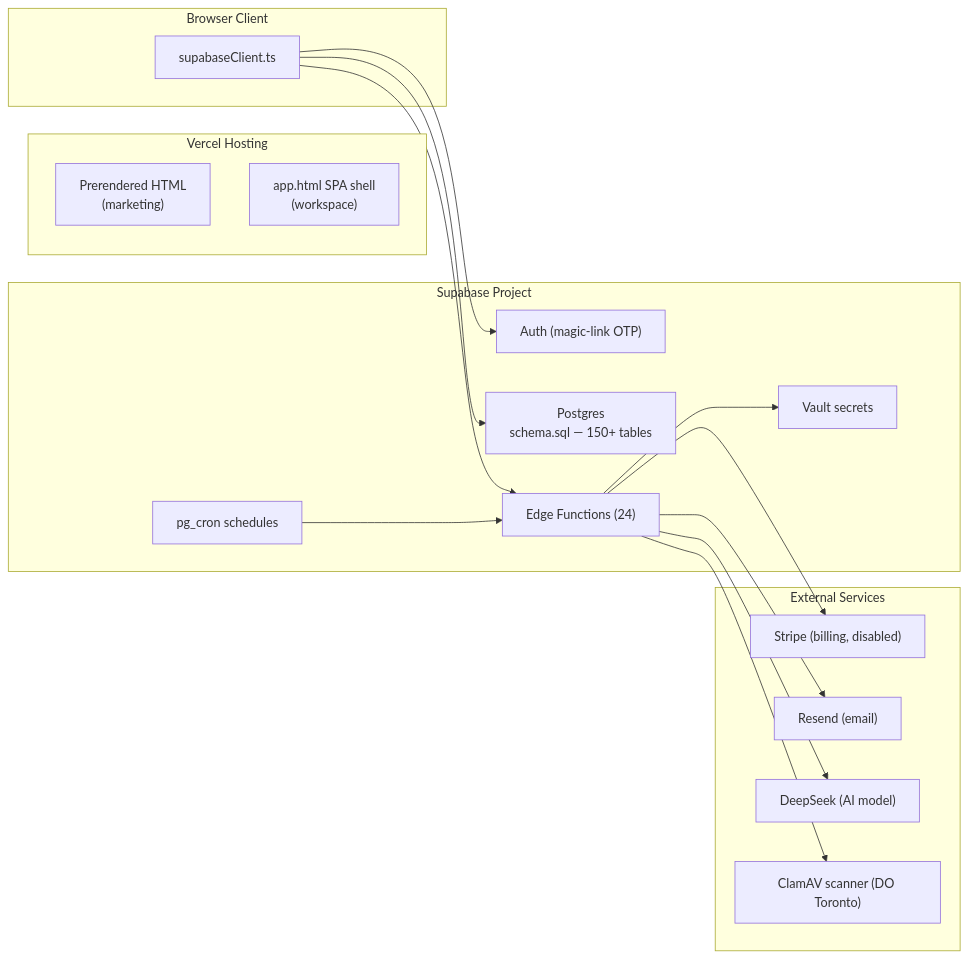
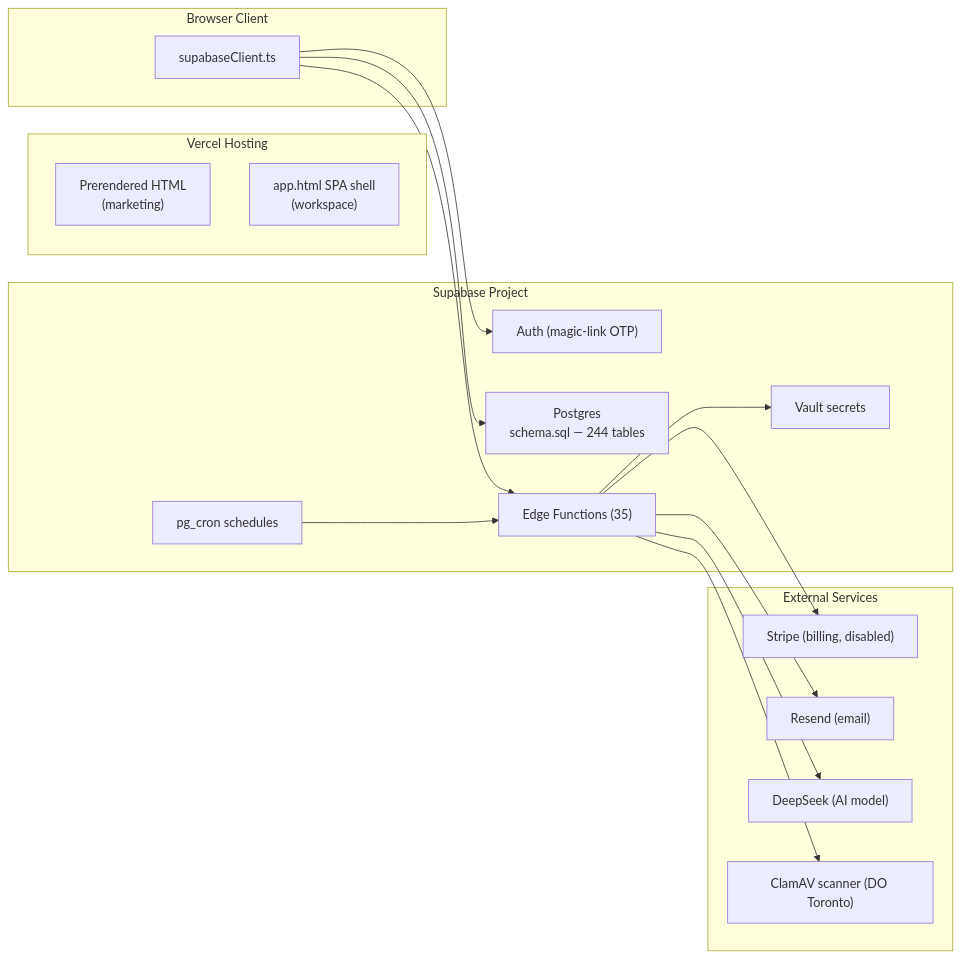
One commit to Dutiva-Canada/Dutiva_Web changed the third of 3 diagrams in docs/wiki/Home.md. Above: the diagram before and after it, drawn with Mermaid. The commit also changed other lines of this file and 84 other files, not shown here.

````diff
--- a/docs/wiki/Home.md
+++ b/docs/wiki/Home.md
@@ -256,36 +256,36 @@
 ```mermaid
 graph LR
     subgraph Client["Browser Client"]
         SC["supabaseClient.ts"]
     end
 
     subgraph Vercel["Vercel Hosting"]
         STATIC["Prerendered HTML<br>(marketing)"]
         SPA["app.html SPA shell<br>(workspace)"]
     end
 
     subgraph Supabase["Supabase Project"]
         AUTH["Auth (magic-link OTP)"]
-        DB["Postgres<br>schema.sql — 150+ tables"]
-        EDGE["Edge Functions (24)"]
+        DB["Postgres<br>schema.sql — 244 tables"]
+        EDGE["Edge Functions (35)"]
         VAULT["Vault secrets"]
         CRON["pg_cron schedules"]
     end
 
     subgraph External["External Services"]
         STRIPE["Stripe (billing, disabled)"]
         RESEND["Resend (email)"]
         DEEPSEEK["DeepSeek (AI model)"]
         CLAMAV["ClamAV scanner (DO Toronto)"]
     end
 
     SC --> AUTH
     SC --> DB
     SC --> EDGE
     EDGE --> VAULT
     EDGE --> STRIPE
     EDGE --> RESEND
     EDGE --> DEEPSEEK
     CRON --> EDGE
     EDGE --> CLAMAV
 ```
````
